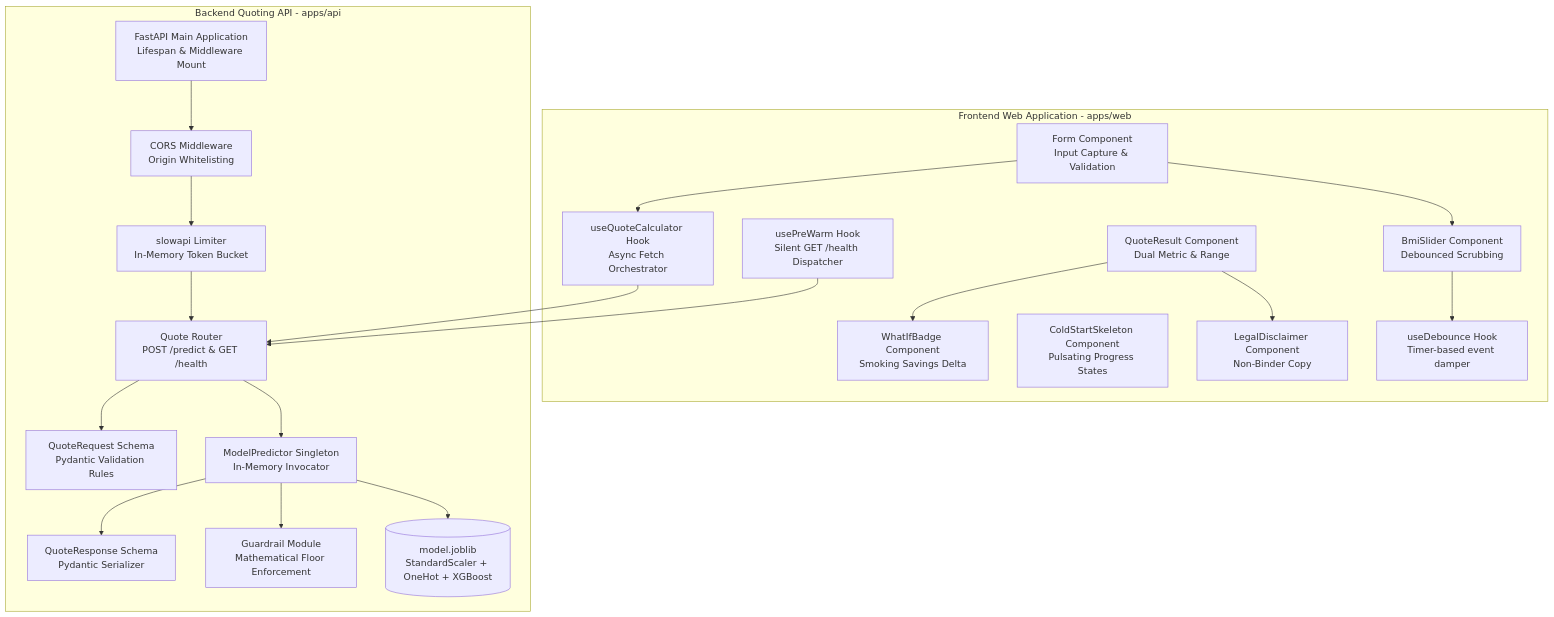
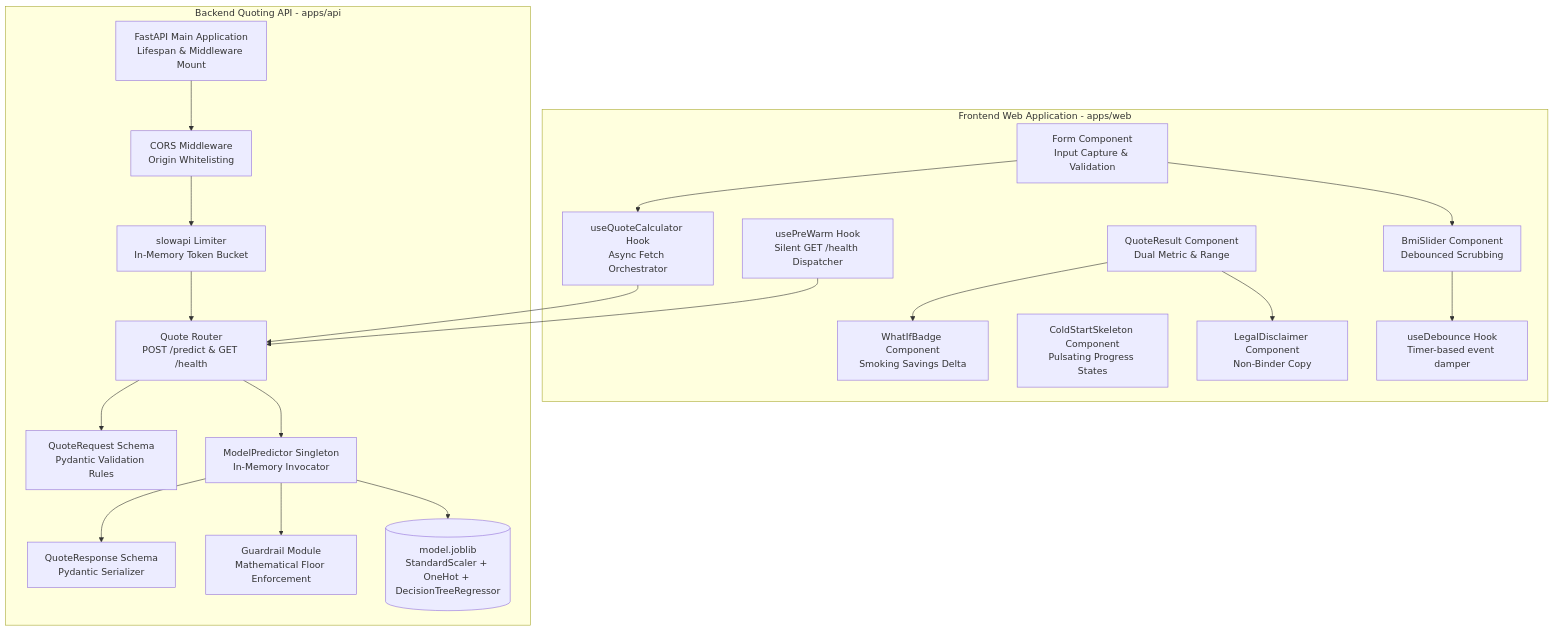
One commit to Sayan-pixel/DeltaCare changed the diagram in docs/architecture/COMPONENT_ARCHITECTURE.md. Above: the diagram before and after it, drawn with Mermaid. The commit also changed 23 other files, not shown here.

First line of the commit message:
refactor(ml): migrate architecture from XGBoost to CART Decision Tree Regressor (#23)

````diff
--- a/docs/architecture/COMPONENT_ARCHITECTURE.md
+++ b/docs/architecture/COMPONENT_ARCHITECTURE.md
@@ -15,47 +15,47 @@
 ```mermaid
 graph TD
     subgraph apps_web [Frontend Web Application - apps/web]
         UI_Form[Form Component\nInput Capture & Validation]
         UI_Slider[BmiSlider Component\nDebounced Scrubbing]
         UI_Result[QuoteResult Component\nDual Metric & Range]
         UI_WhatIf[WhatIfBadge Component\nSmoking Savings Delta]
         UI_ColdStart[ColdStartSkeleton Component\nPulsating Progress States]
         UI_Disclaimer[LegalDisclaimer Component\nNon-Binder Copy]
         
         Hook_Calc[useQuoteCalculator Hook\nAsync Fetch Orchestrator]
         Hook_Warm[usePreWarm Hook\nSilent GET /health Dispatcher]
         Hook_Debounce[useDebounce Hook\nTimer-based event damper]
     end
 
     subgraph apps_api [Backend Quoting API - apps/api]
         API_Main[FastAPI Main Application\nLifespan & Middleware Mount]
         API_Limiter[slowapi Limiter\nIn-Memory Token Bucket]
         API_CORS[CORS Middleware\nOrigin Whitelisting]
         API_Router[Quote Router\nPOST /predict & GET /health]
         
         Schema_Req[QuoteRequest Schema\nPydantic Validation Rules]
         Schema_Res[QuoteResponse Schema\nPydantic Serializer]
         
         ML_Predictor[ModelPredictor Singleton\nIn-Memory Invocator]
         ML_Guardrail[Guardrail Module\nMathematical Floor Enforcement]
-        ML_Artifact[(model.joblib\nStandardScaler + OneHot + XGBoost)]
+        ML_Artifact[(model.joblib\nStandardScaler + OneHot + DecisionTreeRegressor)]
     end
 
     UI_Form --> Hook_Calc
     UI_Slider --> Hook_Debounce
     UI_Form --> UI_Slider
     UI_Result --> UI_WhatIf
     UI_Result --> UI_Disclaimer
     
     Hook_Calc --> API_Router
     Hook_Warm --> API_Router
     
     API_Main --> API_CORS
     API_CORS --> API_Limiter
     API_Limiter --> API_Router
     API_Router --> Schema_Req
     API_Router --> ML_Predictor
     ML_Predictor --> ML_Artifact
     ML_Predictor --> ML_Guardrail
     ML_Predictor --> Schema_Res
 ```
````
